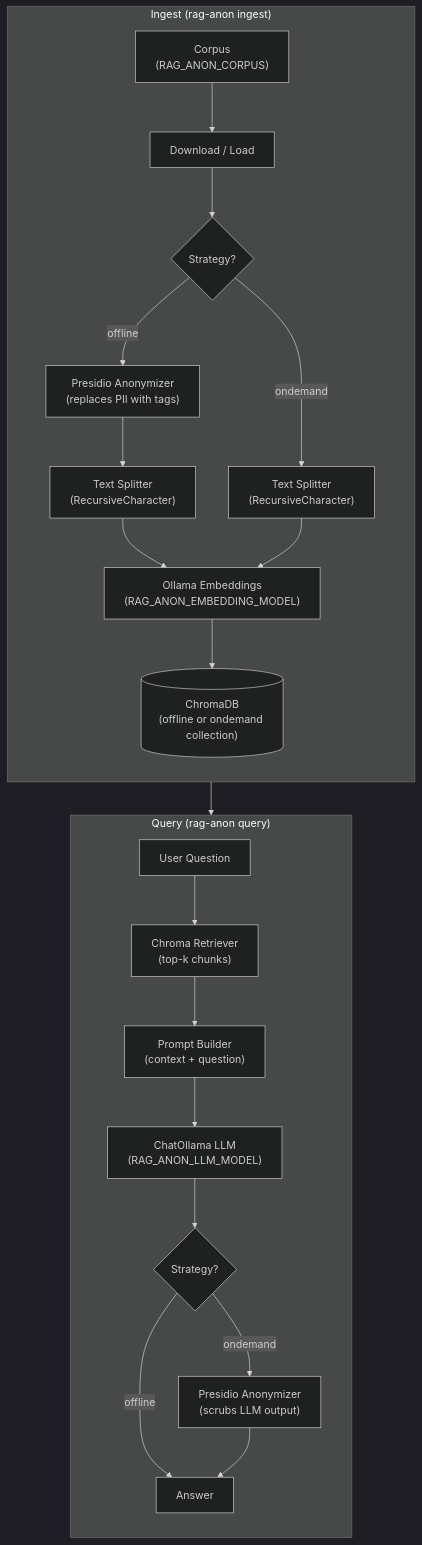
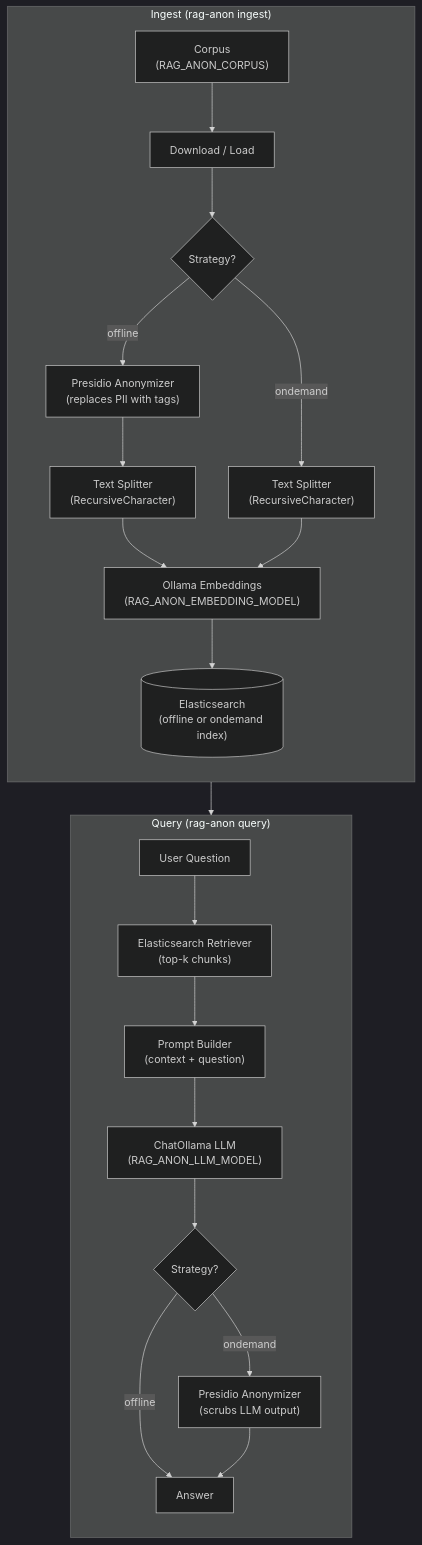
The diagram in README.md (matheusfbosa/rag-anonymous), drawn with Mermaid (dark theme) before and after one commit. The commit also changed other lines of this file and 8 other files, not shown here.

````diff
--- a/README.md
+++ b/README.md
@@ -11,27 +11,27 @@
 ```mermaid
 flowchart TB
     subgraph ingest_phase ["Ingest  (rag-anon ingest)"]
         direction TB
         corpus["Corpus\n(RAG_ANON_CORPUS)"] --> load["Download / Load"]
         load --> strat_in{"Strategy?"}
         strat_in -->|offline| presidio_in["Presidio Anonymizer\n(replaces PII with tags)"]
         presidio_in --> splitter_off["Text Splitter\n(RecursiveCharacter)"]
         strat_in -->|ondemand| splitter_on["Text Splitter\n(RecursiveCharacter)"]
         splitter_off --> embed["Ollama Embeddings\n(RAG_ANON_EMBEDDING_MODEL)"]
         splitter_on --> embed
-        embed --> chromadb[("ChromaDB\n(offline or ondemand collection)")]
+        embed --> es[("Elasticsearch\n(offline or ondemand index)")]
     end
 
     subgraph query_phase ["Query  (rag-anon query)"]
         direction TB
-        question["User Question"] --> retriever["Chroma Retriever\n(top-k chunks)"]
+        question["User Question"] --> retriever["Elasticsearch Retriever\n(top-k chunks)"]
         retriever --> prompt_builder["Prompt Builder\n(context + question)"]
         prompt_builder --> llm["ChatOllama LLM\n(RAG_ANON_LLM_MODEL)"]
         llm --> strat_out{"Strategy?"}
         strat_out -->|offline| answer["Answer"]
         strat_out -->|ondemand| presidio_out["Presidio Anonymizer\n(scrubs LLM output)"]
         presidio_out --> answer
     end
 
-    chromadb --> retriever
+    es --> retriever
 ```
````
